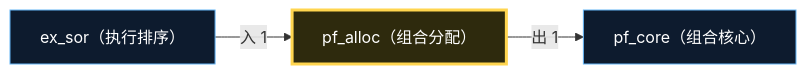
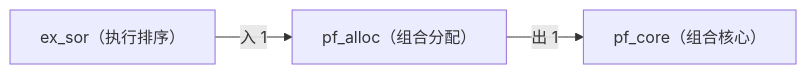
The second of 2 diagrams in docs/02_enterprise_architecture/06_decision_architecture/16_decision_l3_pf_alloc.md (xuanFelixVan/ZephyrAlpha), drawn with Mermaid before and after one commit. The commit also changed other lines of this file and 23 other files, not shown here.

First line of the commit message:
style(decision-diagram): 移除所有 mermaid classDef，照搬 application_flows.md 纯默认主题

````diff
--- a/docs/02_enterprise_architecture/06_decision_architecture/16_decision_l3_pf_alloc.md
+++ b/docs/02_enterprise_architecture/06_decision_architecture/16_decision_l3_pf_alloc.md
@@ -100,11 +94,8 @@
 ```mermaid
 flowchart LR
-    SELF["pf_alloc（组合分配）"]:::selfDomain
-    EXT_pf_core["pf_core（组合核心）"]:::extDomain
+    SELF["pf_alloc（组合分配）"]
+    EXT_pf_core["pf_core（组合核心）"]
     SELF -->|出 1| EXT_pf_core
-    EXT_ex_sor["ex_sor（执行排序）"]:::extDomain
+    EXT_ex_sor["ex_sor（执行排序）"]
     EXT_ex_sor -->|入 1| SELF
-
-    classDef selfDomain fill:#2e2a0d,stroke:#ffd54f,stroke-width:3px,color:#fff
-    classDef extDomain fill:#0d1b2e,stroke:#64b5f6,stroke-width:1px,color:#fff
 ```
````
